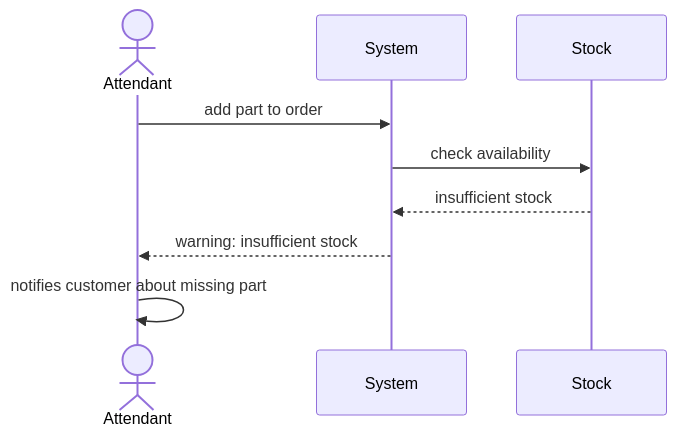
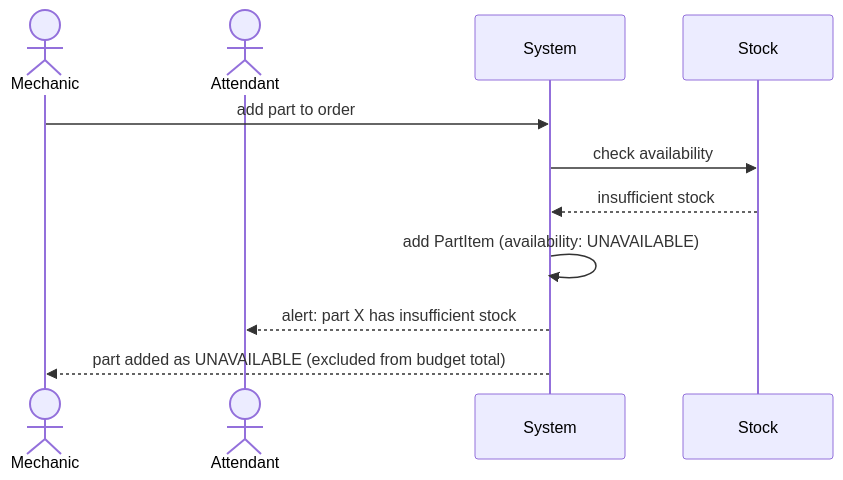
Before and after one commit to rnataoliveira/mechanics-software: the sixth of 18 diagrams in docs/domain/domain-storytelling.md, drawn with Mermaid. The commit also changed other lines of this file, not shown here.

````diff
--- a/docs/domain/domain-storytelling.md
+++ b/docs/domain/domain-storytelling.md
@@ -202,12 +216,14 @@
 ```mermaid
 sequenceDiagram
+    actor Mechanic
     actor Attendant
     participant System
     participant Stock
 
-    Attendant->>System: add part to order
+    Mechanic->>System: add part to order
     System->>Stock: check availability
     Stock-->>System: insufficient stock
-    System-->>Attendant: warning: insufficient stock
-    Attendant->>Attendant: notifies customer about missing part
+    System->>System: add PartItem (availability: UNAVAILABLE)
+    System-->>Attendant: alert: part X has insufficient stock
+    System-->>Mechanic: part added as UNAVAILABLE (excluded from budget total)
 ```
````
